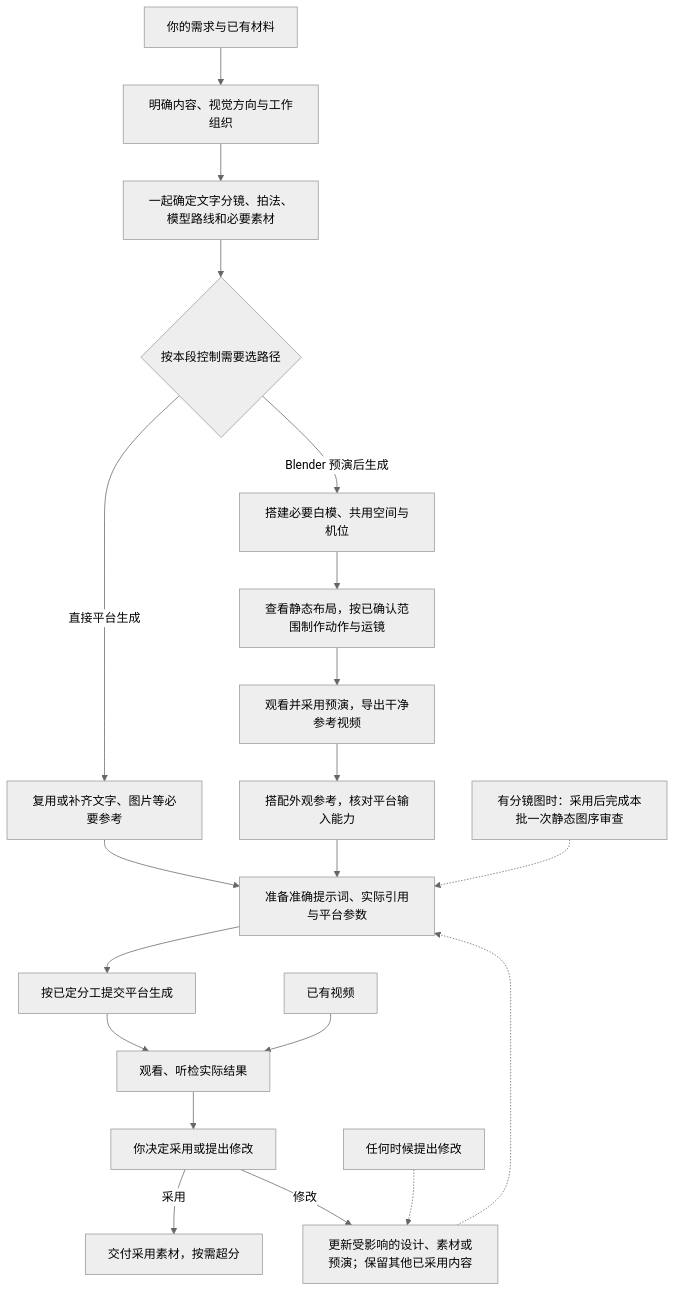
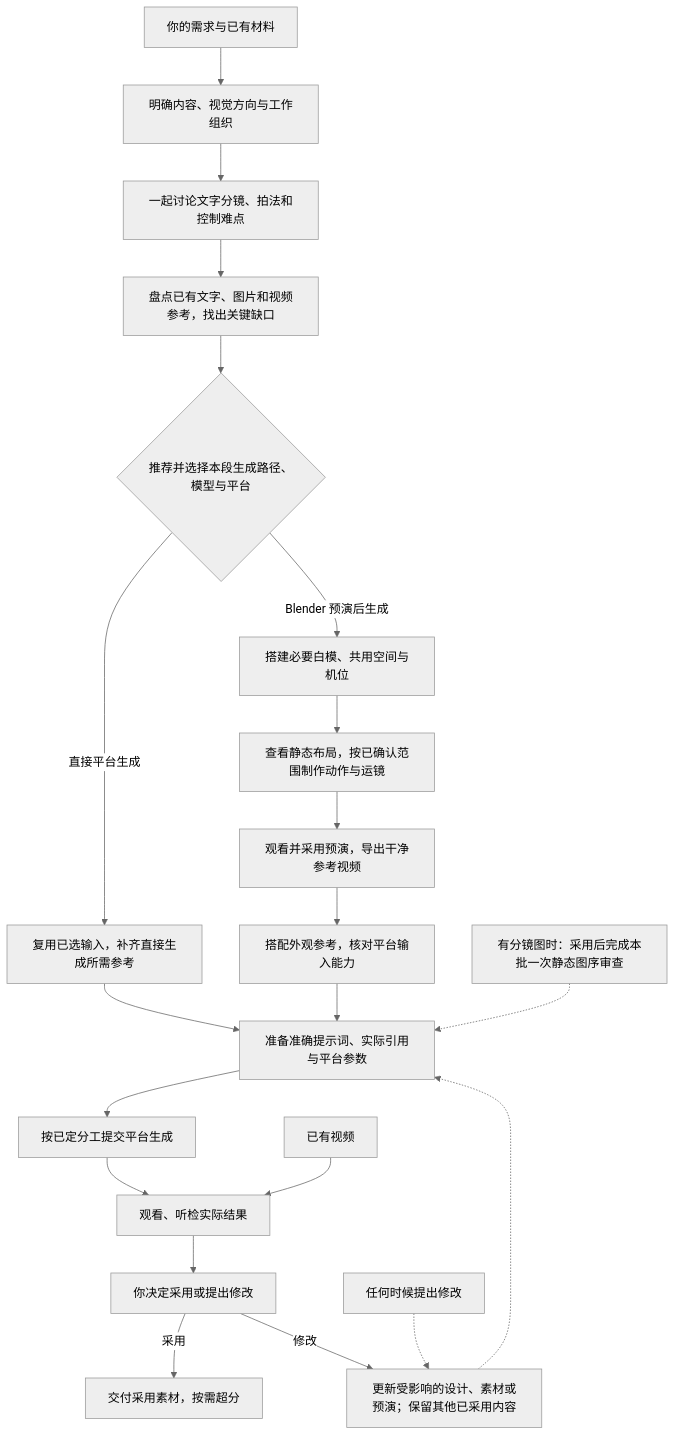
One commit to rickyk1z1/cine-ai-video-director changed the diagram in README.md. Above: the diagram before and after it, drawn with Mermaid (neutral theme). The commit also changed other lines of this file, not shown here.

Commit message:
docs: assess existing inputs before choosing production route

````diff
--- a/README.md
+++ b/README.md
@@ -125,22 +125,23 @@
 ```mermaid
 flowchart TD
     A["你的需求与已有材料"] --> B["明确内容、视觉方向与工作组织"]
-    B --> C["一起确定文字分镜、拍法、模型路线和必要素材"]
-    C --> D{"按本段控制需要选路径"}
-    D -->|"直接平台生成"| E["复用或补齐文字、图片等必要参考"]
+    B --> C["一起讨论文字分镜、拍法和控制难点"]
+    C --> P["盘点已有文字、图片和视频参考，找出关键缺口"]
+    P --> D{"推荐并选择本段生成路径、模型与平台"}
+    D -->|"直接平台生成"| E["复用已选输入，补齐直接生成所需参考"]
     D -->|"Blender 预演后生成"| F["搭建必要白模、共用空间与机位"]
     F --> F1["查看静态布局，按已确认范围制作动作与运镜"]
     F1 --> F2["观看并采用预演，导出干净参考视频"]
     F2 --> F3["搭配外观参考，核对平台输入能力"]
     E --> G["准备准确提示词、实际引用与平台参数"]
     F3 --> G
     N["有分镜图时：采用后完成本批一次静态图序审查"] -.-> G
     G --> H["按已定分工提交平台生成"]
     H --> I["观看、听检实际结果"]
     I --> J["你决定采用或提出修改"]
     J -->|"采用"| K["交付采用素材，按需超分"]
     J -->|"修改"| L["更新受影响的设计、素材或预演；保留其他已采用内容"]
     L -.-> G
     M["已有视频"] --> I
     X["任何时候提出修改"] -.-> L
 ```
````
